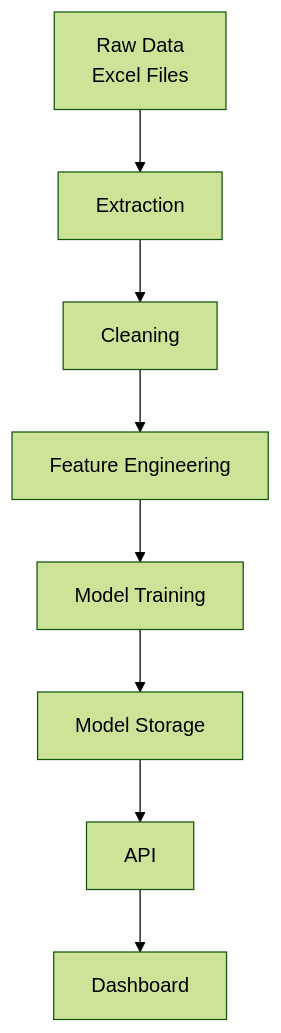
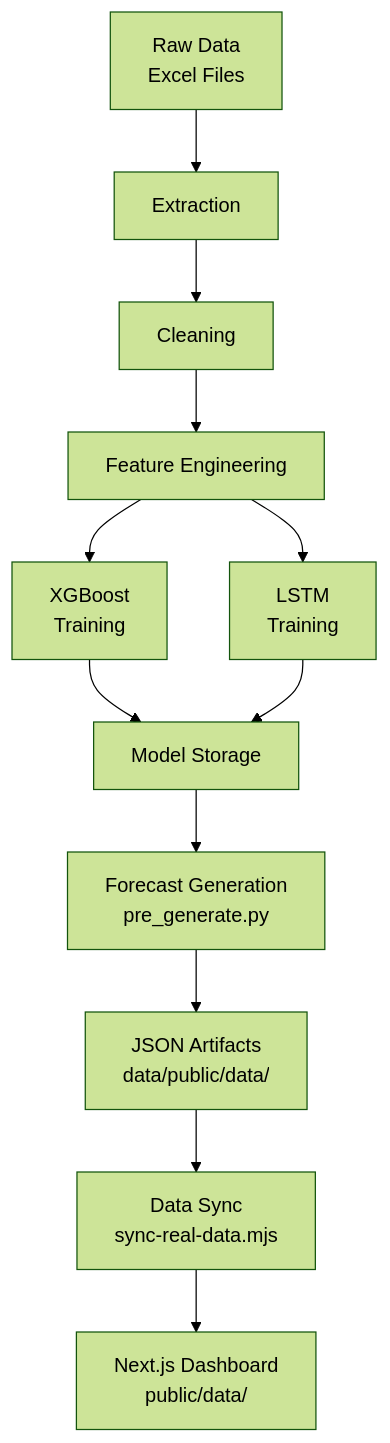
The second of 4 diagrams in docs/design/architecture.md (Team-NAVGATI/Smart-Grid-Load-Prediction-Using-Deep-Learning-By-Team-NavGati), drawn with Mermaid (forest theme) before and after one commit. The commit also changed other lines of this file, not shown here.

Commit message:
docs: update architecture documentation to reflect dual model training and artifact generation layers

````diff
--- a/docs/design/architecture.md
+++ b/docs/design/architecture.md
@@ -173,10 +248,14 @@
 ```mermaid
 flowchart TD
 	A["Raw Data<br/>Excel Files"] --> B[Extraction]
 	B --> C[Cleaning]
 	C --> D[Feature Engineering]
-	D --> E[Model Training]
-	E --> F[Model Storage]
-	F --> G[API]
-	G --> H[Dashboard]
+	D --> E1["XGBoost<br/>Training"]
+	D --> E2["LSTM<br/>Training"]
+	E1 --> F[Model Storage]
+	E2 --> F
+	F --> G["Forecast Generation<br/>pre_generate.py"]
+	G --> H["JSON Artifacts<br/>data/public/data/"]
+	H --> I["Data Sync<br/>sync-real-data.mjs"]
+	I --> J["Next.js Dashboard<br/>public/data/"]
 ```
````
